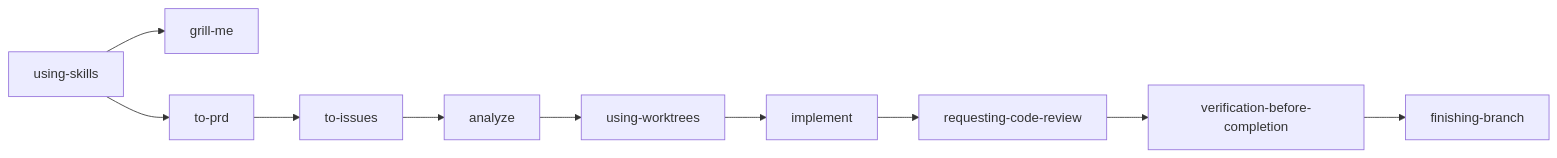
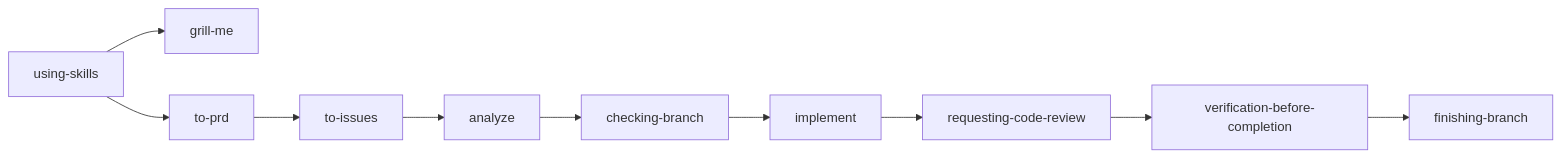
Before and after one commit to fjxyyzg3/Skills: the diagram in README.md, drawn with Mermaid. The commit also changed other lines of this file and 10 other files, not shown here.

Commit message:
Replace worktree workflow with branch check

````diff
--- a/README.md
+++ b/README.md
@@ -7,12 +7,12 @@
 ```mermaid
 flowchart LR
   Router["using-skills"] --> Grill["grill-me"]
   Router --> PRD["to-prd"]
   PRD --> Issues["to-issues"]
   Issues --> Analyze["analyze"]
-  Analyze --> Worktree["using-worktrees"]
-  Worktree --> Implement["implement"]
+  Analyze --> Branch["checking-branch"]
+  Branch --> Implement["implement"]
   Implement --> Review["requesting-code-review"]
   Review --> Verify["verification-before-completion"]
   Verify --> Finish["finishing-branch"]
 ```
````
